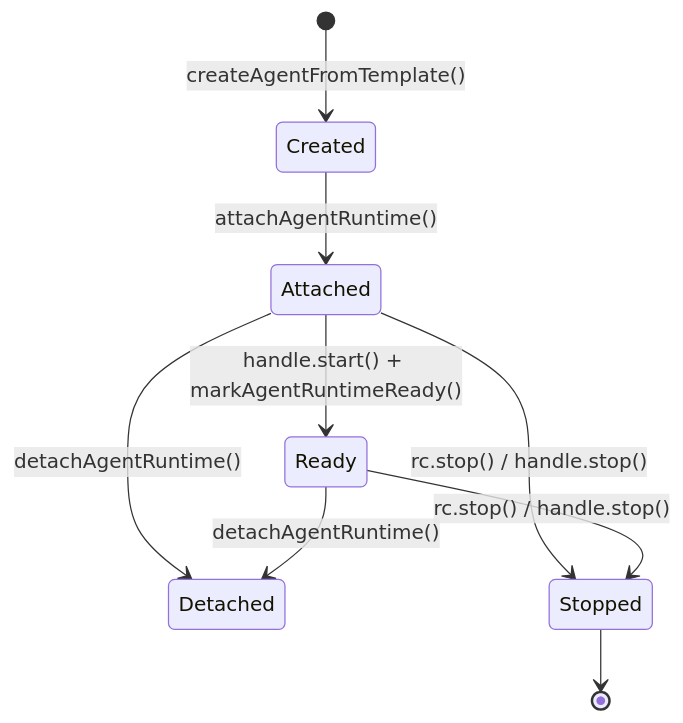
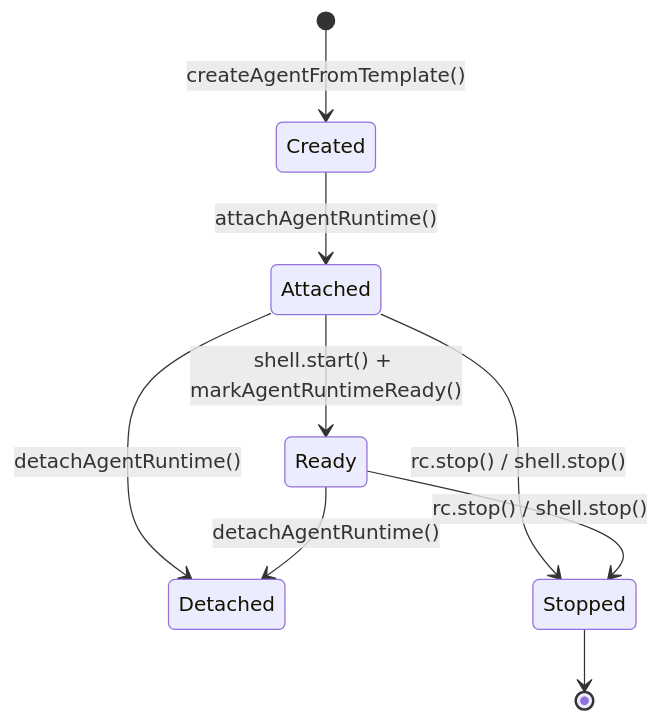
The fourth of 6 diagrams in docs/current/03-runtime-core.md (psychoveter/reagent), drawn with Mermaid before and after one commit. The commit also changed other lines of this file and 90 other files, not shown here.

````diff
--- a/docs/current/03-runtime-core.md
+++ b/docs/current/03-runtime-core.md
@@ -339,11 +324,11 @@
 ```mermaid
 stateDiagram-v2
     [*] --> Created: createAgentFromTemplate()
     Created --> Attached: attachAgentRuntime()
-    Attached --> Ready: handle.start() + markAgentRuntimeReady()
+    Attached --> Ready: shell.start() + markAgentRuntimeReady()
     Attached --> Detached: detachAgentRuntime()
     Ready --> Detached: detachAgentRuntime()
-    Attached --> Stopped: rc.stop() / handle.stop()
-    Ready --> Stopped: rc.stop() / handle.stop()
+    Attached --> Stopped: rc.stop() / shell.stop()
+    Ready --> Stopped: rc.stop() / shell.stop()
     Stopped --> [*]
 ```
````
